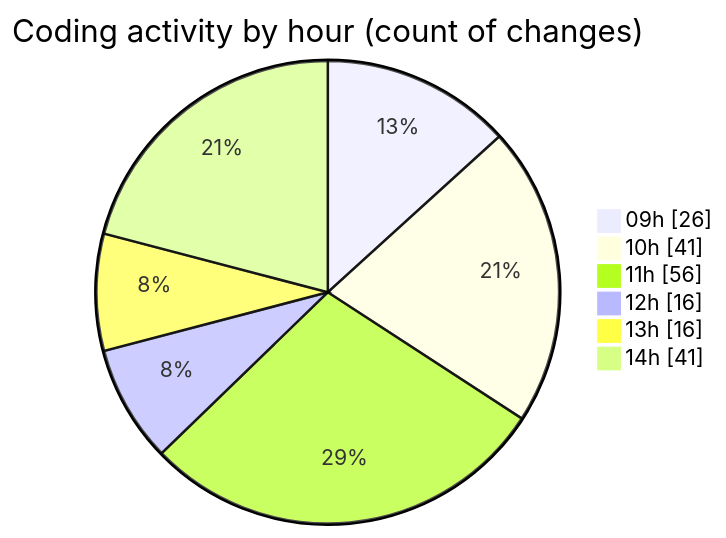
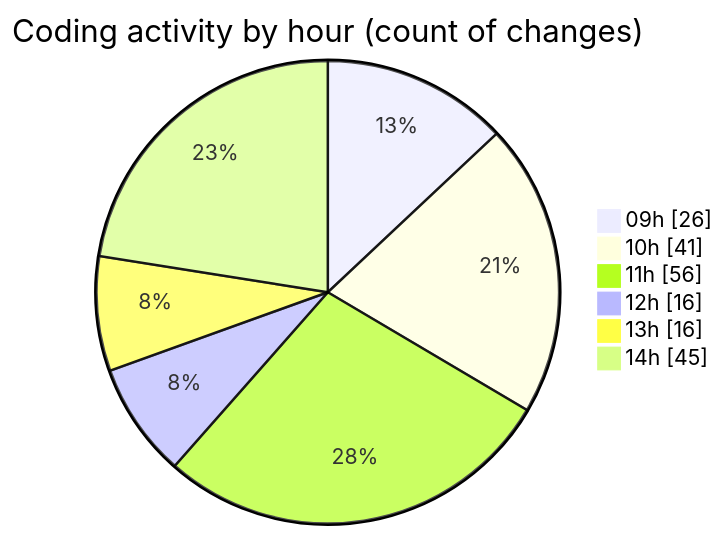
Before and after one commit to momahboobian/code-tracking: the second of 2 diagrams in 2026-05-12/cda/README.md, drawn with Mermaid. The commit also changed other lines of this file and 1 other file, not shown here.

````diff
--- a/2026-05-12/cda/README.md
+++ b/2026-05-12/cda/README.md
@@ -65,10 +65,10 @@
 ```mermaid
 pie showData
 title Coding activity by hour (count of changes)
 "09h" : 26
 "10h" : 41
 "11h" : 56
 "12h" : 16
 "13h" : 16
-"14h" : 41
+"14h" : 45
 ```
````
